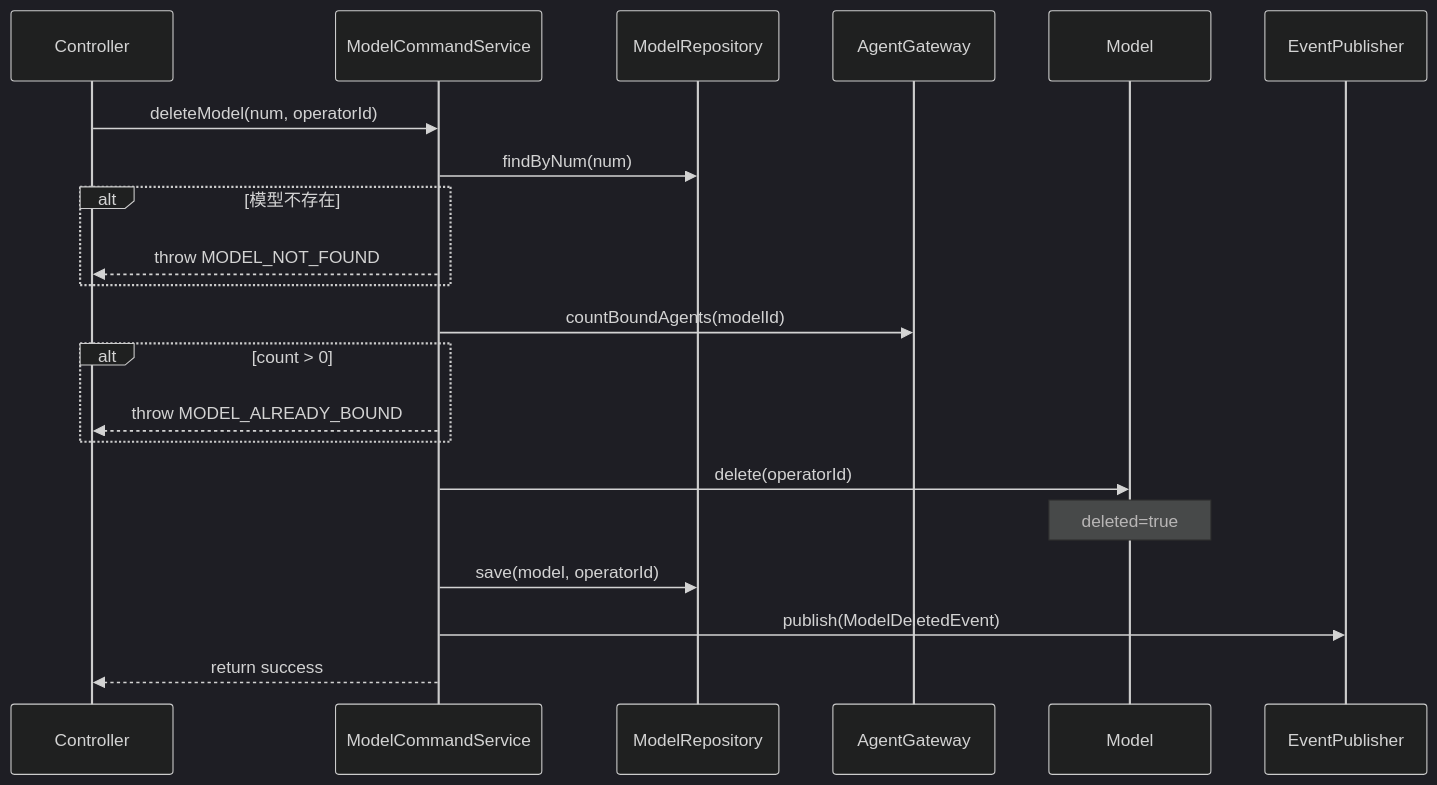
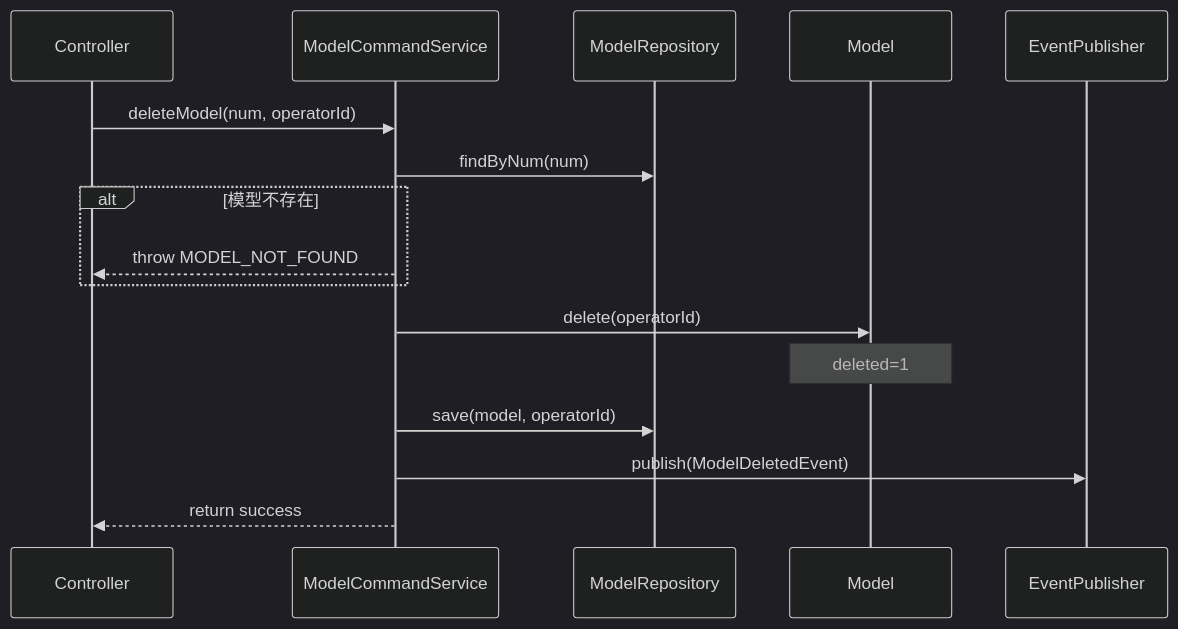
Before and after one commit to garry-wjl/GAgentManager: the eighth of 21 diagrams in doc/技术方案/2026-05-15_模型管理-技术方案.md, drawn with Mermaid (dark theme). The commit also changed other lines of this file and 14 other files, not shown here.

````diff
--- a/doc/技术方案/2026-05-15_模型管理-技术方案.md
+++ b/doc/技术方案/2026-05-15_模型管理-技术方案.md
@@ -364,24 +313,19 @@
 ```mermaid
 sequenceDiagram
     participant Ctrl as Controller
     participant Svc as ModelCommandService
     participant Repo as ModelRepository
-    participant AG as AgentGateway
     participant M as Model
     participant EP as EventPublisher
 
     Ctrl->>Svc: deleteModel(num, operatorId)
     Svc->>Repo: findByNum(num)
     alt 模型不存在
         Svc-->>Ctrl: throw MODEL_NOT_FOUND
     end
-    Svc->>AG: countBoundAgents(modelId)
-    alt count > 0
-        Svc-->>Ctrl: throw MODEL_ALREADY_BOUND
-    end
     Svc->>M: delete(operatorId)
-    Note over M: deleted=true
+    Note over M: deleted=1
     Svc->>Repo: save(model, operatorId)
     Svc->>EP: publish(ModelDeletedEvent)
     Svc-->>Ctrl: return success
 ```
````
